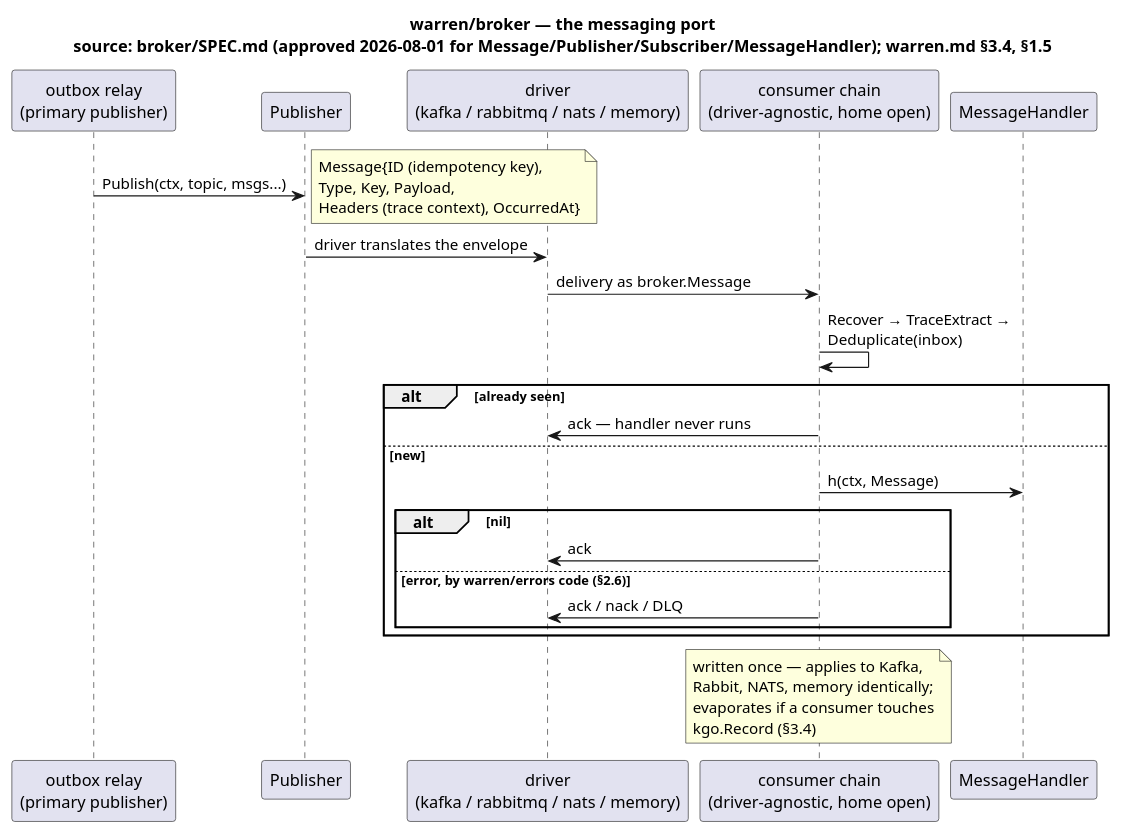
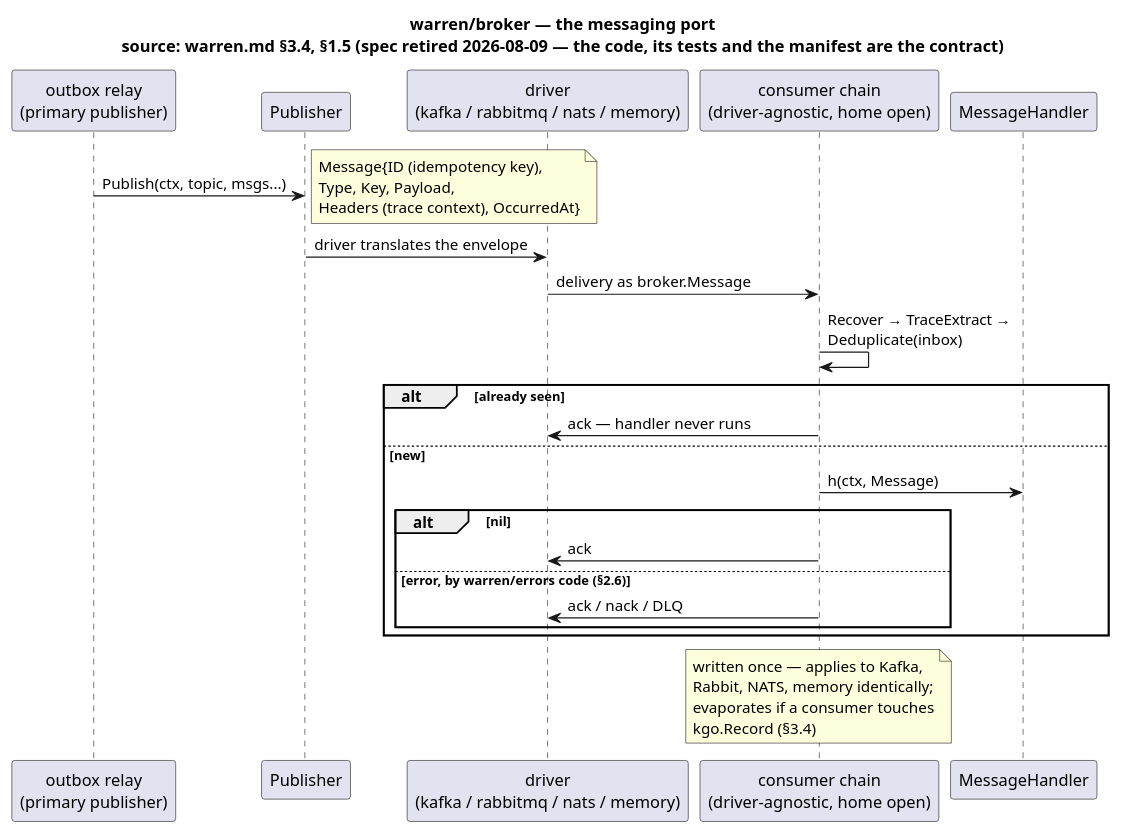
Before and after one commit to MerseniBilel/warren: the diagram in docs/assets/broker-usage.puml, drawn with PlantUML. The commit also changed 28 other files, not shown here.

```diff
--- a/docs/assets/broker-usage.puml
+++ b/docs/assets/broker-usage.puml
@@ -1,28 +1,28 @@
 @startuml broker-usage
-title warren/broker — the messaging port\nsource: broker/SPEC.md (approved 2026-08-01 for Message/Publisher/Subscriber/MessageHandler); warren.md §3.4, §1.5
+title warren/broker — the messaging port\nsource: warren.md §3.4, §1.5 (spec retired 2026-08-09 — the code, its tests and the manifest are the contract)
 
 participant "outbox relay\n(primary publisher)" as relay
 participant "Publisher" as pub
 participant "driver\n(kafka / rabbitmq / nats / memory)" as driver
 participant "consumer chain\n(driver-agnostic, home open)" as chain
 participant "MessageHandler" as handler
 
 relay -> pub : Publish(ctx, topic, msgs...)
 note right : Message{ID (idempotency key),\nType, Key, Payload,\nHeaders (trace context), OccurredAt}
 pub -> driver : driver translates the envelope
 
 driver -> chain : delivery as broker.Message
 chain -> chain : Recover → TraceExtract →\nDeduplicate(inbox)
 alt already seen
   chain -> driver : ack — handler never runs
 else new
   chain -> handler : h(ctx, Message)
   alt nil
     chain -> driver : ack
   else error, by warren/errors code (§2.6)
     note right : INVALID → DLQ, never retry\nNOT_FOUND → ack + log\nCONFLICT → ack (idempotent replay)\nUNAVAILABLE → nack + backoff retry\nINTERNAL → retry, then DLQ
     chain -> driver : ack / nack / DLQ
   end
 end
 note over chain : written once — applies to Kafka,\nRabbit, NATS, memory identically;\nevaporates if a consumer touches\nkgo.Record (§3.4)
 @enduml
```
